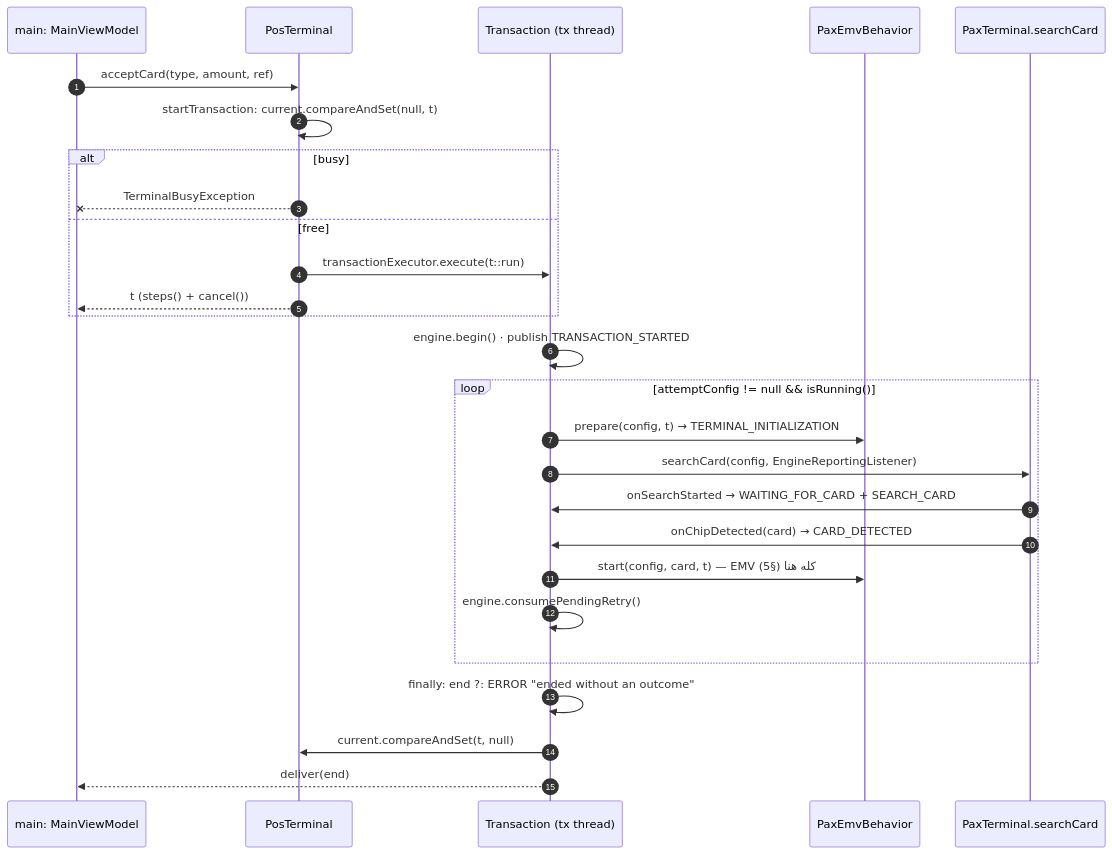
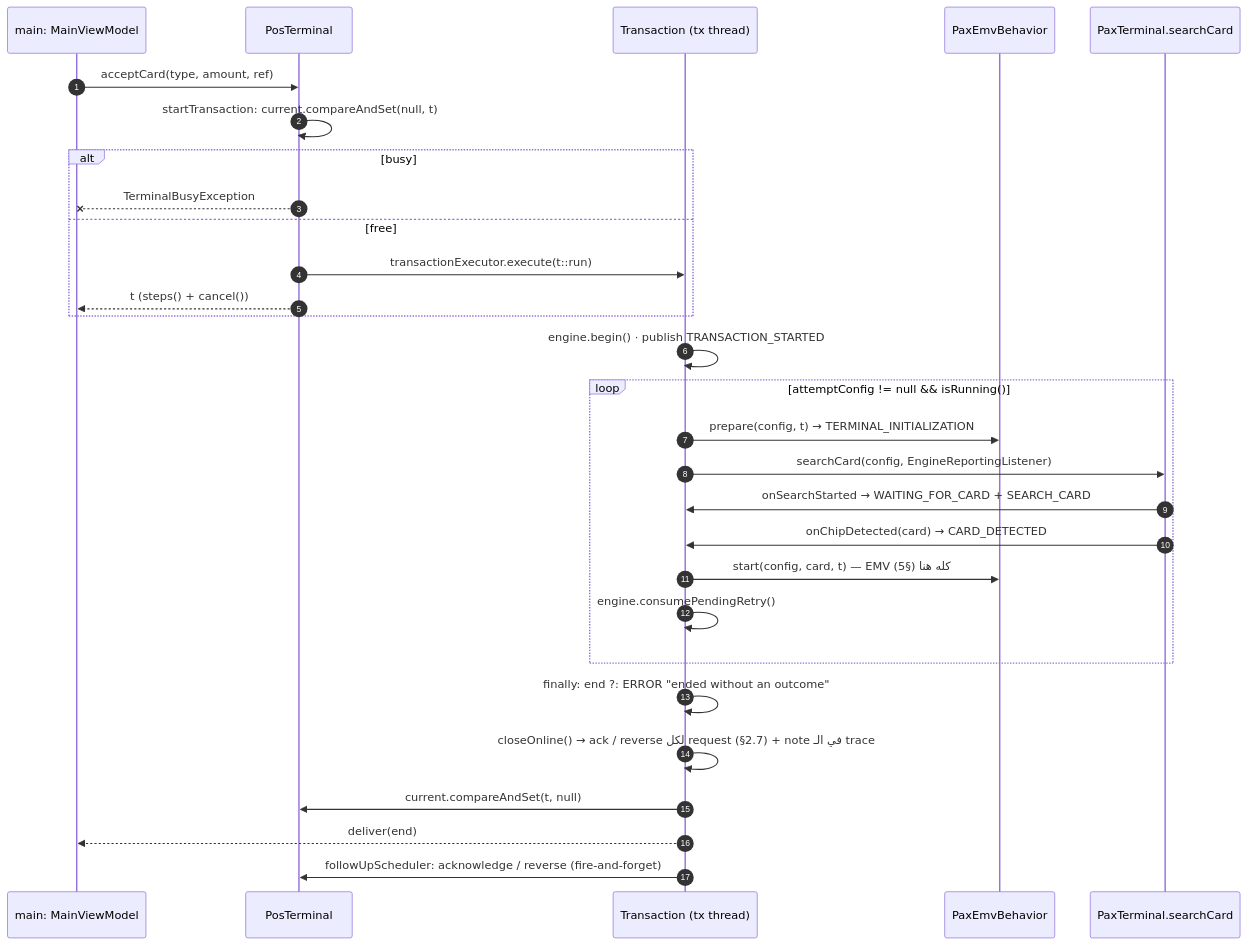
One commit to berothomas33/esaylinkrefactor changed the second of 9 diagrams in doc/REFERENCE.md. Above: the diagram before and after it, drawn with Mermaid. The commit also changed other lines of this file, not shown here.

First line of the commit message:
docs(REFERENCE): host follow-up (acknowledgement / reversal), not-sent failures, trace retry

````diff
--- a/doc/REFERENCE.md
+++ b/doc/REFERENCE.md
@@ -125,29 +133,31 @@
 ```mermaid
 sequenceDiagram
   autonumber
   participant UI as main: MainViewModel
   participant PT as PosTerminal
   participant TX as Transaction (tx thread)
   participant BH as PaxEmvBehavior
   participant PTM as PaxTerminal.searchCard
   UI->>PT: acceptCard(type, amount, ref)
   PT->>PT: startTransaction: current.compareAndSet(null, t)
   alt busy
     PT--xUI: TerminalBusyException
   else free
     PT->>TX: transactionExecutor.execute(t::run)
     PT-->>UI: t (steps() + cancel())
   end
   TX->>TX: engine.begin() · publish TRANSACTION_STARTED
   loop attemptConfig != null && isRunning()
     TX->>BH: prepare(config, t) → TERMINAL_INITIALIZATION
     TX->>PTM: searchCard(config, EngineReportingListener)
     PTM->>TX: onSearchStarted → WAITING_FOR_CARD + SEARCH_CARD
     PTM->>TX: onChipDetected(card) → CARD_DETECTED
     TX->>BH: start(config, card, t) — EMV كله هنا (§5)
     TX->>TX: engine.consumePendingRetry()
   end
   TX->>TX: finally: end ?: ERROR "ended without an outcome"
+  TX->>TX: closeOnline() → ack / reverse لكل request (§2.7) + note في الـ trace
   TX->>PT: current.compareAndSet(t, null)
   TX-->>UI: deliver(end)
+  TX->>PT: followUpScheduler: acknowledge / reverse (fire-and-forget)
 ```
````
